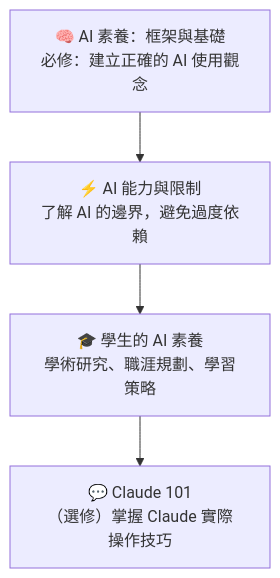
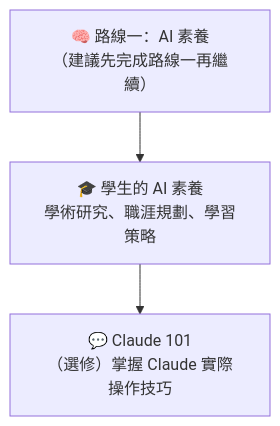
Before and after one commit to L1247/Anthropic-Academy-Chinese: the fifth of 5 diagrams in docs/roadmap.md, drawn with Mermaid. The commit also changed other lines of this file, not shown here.

````diff
--- a/docs/roadmap.md
+++ b/docs/roadmap.md
@@ -82,7 +107,6 @@
 ```mermaid
 flowchart TD
-    A["🧠 AI 素養：框架與基礎<br/>必修：建立正確的 AI 使用觀念"] --> B
-    B["⚡ AI 能力與限制<br/>了解 AI 的邊界，避免過度依賴"] --> C
-    C["🎓 學生的 AI 素養<br/>學術研究、職涯規劃、學習策略"] --> D
-    D["💬 Claude 101<br/>（選修）掌握 Claude 實際操作技巧"]
+    A["🧠 路線一：AI 素養<br/>（建議先完成路線一再繼續）"] --> B
+    B["🎓 學生的 AI 素養<br/>學術研究、職涯規劃、學習策略"] --> C
+    C["💬 Claude 101<br/>（選修）掌握 Claude 實際操作技巧"]
 ```
````
